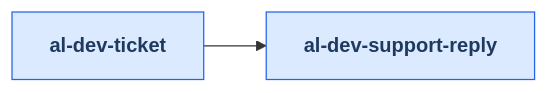
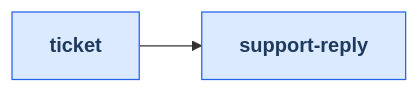
One commit to russell-laing/al-dev-shared changed the third of 4 diagrams in docs/plugin_graph.md. Above: the diagram before and after it, drawn with Mermaid. The commit also changed other lines of this file and 8 other files, not shown here.

````diff
--- a/docs/plugin_graph.md
+++ b/docs/plugin_graph.md
@@ -467,11 +487,11 @@
 ```mermaid
 flowchart LR
     classDef skillNode fill:#dbeafe,stroke:#2563eb,color:#1e3a5f,font-weight:bold
-    skill_al_dev_ticket[al-dev-ticket]
-    skill_al_dev_support_reply[al-dev-support-reply]
+    skill_ticket[ticket]
+    skill_support_reply[support-reply]
 
-    skill_al_dev_ticket --> skill_al_dev_support_reply
+    skill_ticket --> skill_support_reply
 
-    class skill_al_dev_ticket skillNode
-    class skill_al_dev_support_reply skillNode
+    class skill_ticket skillNode
+    class skill_support_reply skillNode
 ```
````
